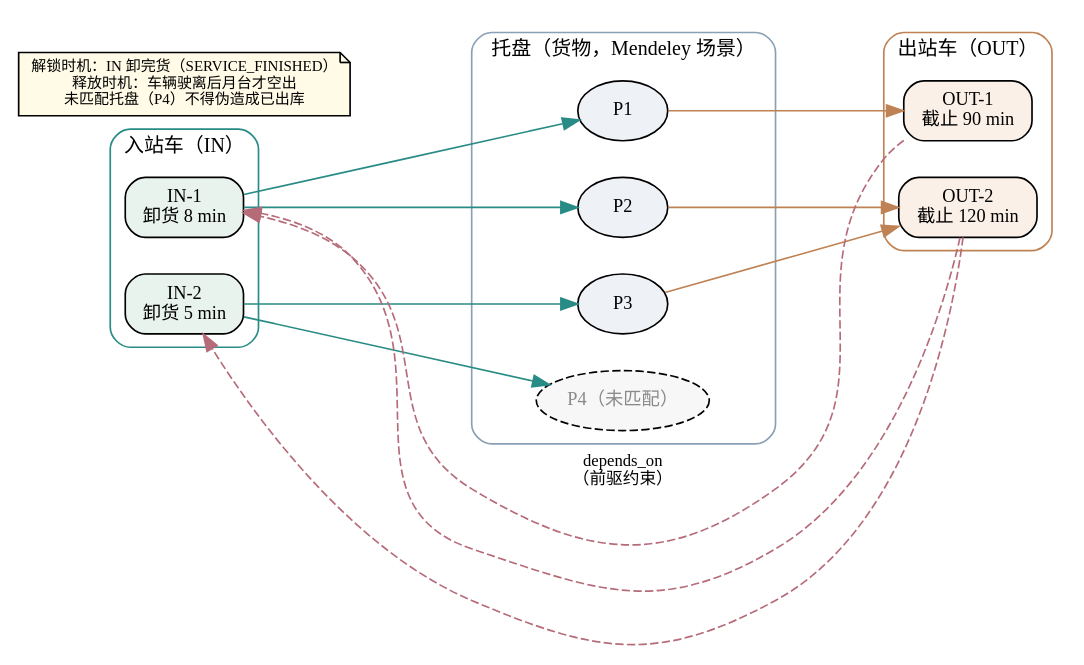
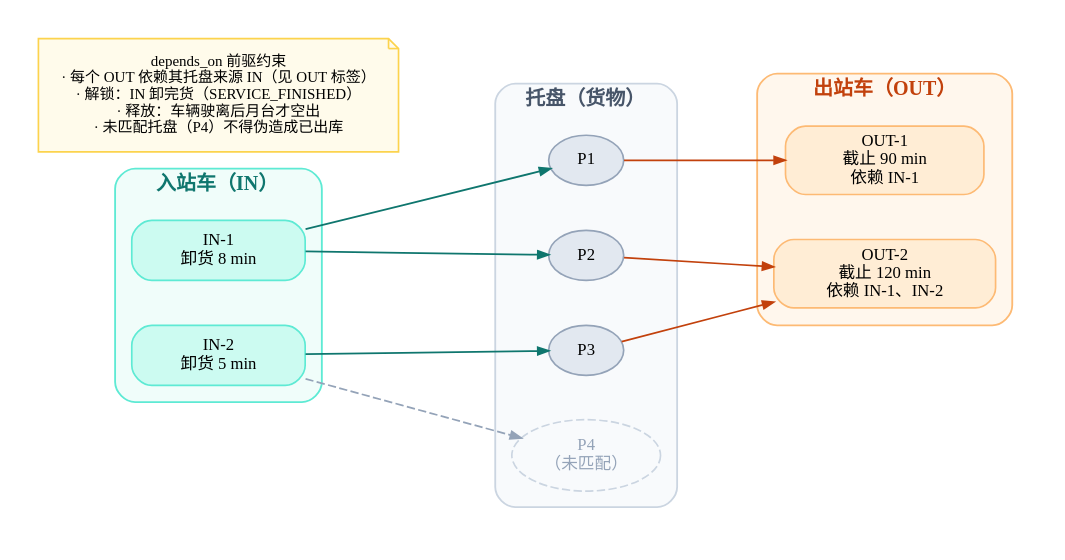
Before and after one commit to threeEightZeroEight/dockflow-os-repro: the diagram in figures/src/fig03_dependency.dot, drawn with Graphviz. The commit also changed 6 other files, not shown here.

Commit message:
style(repro): refresh architecture, state-machine and dependency diagrams

```diff
--- a/figures/src/fig03_dependency.dot
+++ b/figures/src/fig03_dependency.dot
@@ -1,39 +1,52 @@
 digraph dependency {
 
-  graph [bgcolor="white", fontname="Hiragino Sans GB", fontsize=12];
-  node [fontname="Hiragino Sans GB", fontsize=11];
-  edge [fontname="Hiragino Sans GB", fontsize=10, color="#4b5b6b"];
+  graph [bgcolor="white", fontname="Hiragino Sans GB", fontsize=11, pad=0.22,
+         nodesep=0.32, ranksep=0.45, splines=true];
+  node [fontname="Hiragino Sans GB", fontsize=10.5, shape=box, style="rounded,filled",
+        color="#94A3B8", penwidth=1.0, fillcolor="#F8FAFC", margin="0.12,0.08"];
+  edge [fontname="Hiragino Sans GB", fontsize=9, color="#64748B", penwidth=1.05, arrowsize=0.65];
 
-  rankdir=LR; nodesep=0.3; ranksep=1.1;
-  node [shape=box, style="rounded,filled"];
+  rankdir=LR; newrank=true; nodesep=0.38; ranksep=0.95;
+  node [fontsize=10, margin="0.10,0.06"];
 
   subgraph cluster_in {
-    label="入站车（IN）"; color="#288b85"; style="rounded";
-    i1 [label="IN-1\n卸货 8 min", fillcolor="#e9f3ee"];
-    i2 [label="IN-2\n卸货 5 min", fillcolor="#e9f3ee"];
-  }
-  subgraph cluster_pallet {
-    label="托盘（货物，Mendeley 场景）"; color="#8aa0b5"; style="rounded";
-    p1 [label="P1", shape=ellipse, fillcolor="#eef2f7"];
-    p2 [label="P2", shape=ellipse, fillcolor="#eef2f7"];
-    p3 [label="P3", shape=ellipse, fillcolor="#eef2f7"];
-    px [label="P4（未匹配）", shape=ellipse, style="rounded,filled,dashed", fillcolor="#f7f7f7", fontcolor="#8a8a8a"];
-  }
-  subgraph cluster_out {
-    label="出站车（OUT）"; color="#be8254"; style="rounded";
-    o1 [label="OUT-1\n截止 90 min", fillcolor="#fbf0e7"];
-    o2 [label="OUT-2\n截止 120 min", fillcolor="#fbf0e7"];
+    label=<<b>入站车（IN）</b>>;
+    fontsize=12; fontcolor="#0F766E"; color="#5EEAD4"; penwidth=1.1;
+    style="rounded,filled"; fillcolor="#F0FDFA"; margin=10;
+    i1 [label="IN-1\n卸货 8 min", fillcolor="#CCFBF1", color="#5EEAD4", width=1.45];
+    i2 [label="IN-2\n卸货 5 min", fillcolor="#CCFBF1", color="#5EEAD4", width=1.45];
   }
 
-  i1 -> {p1 p2} [color="#288b85"];
-  i2 -> {p3 px} [color="#288b85"];
-  p1 -> o1 [color="#be8254"];
-  p2 -> o2 [color="#be8254"];
-  p3 -> o2 [color="#be8254"];
+  subgraph cluster_pallet {
+    label=<<b>托盘（货物）</b>>;
+    fontsize=12; fontcolor="#475569"; color="#CBD5E1"; penwidth=1.1;
+    style="rounded,filled"; fillcolor="#F8FAFC"; margin=10;
+    p1 [label="P1", shape=ellipse, fillcolor="#E2E8F0", color="#94A3B8", width=0.62, height=0.42];
+    p2 [label="P2", shape=ellipse, fillcolor="#E2E8F0", color="#94A3B8", width=0.62, height=0.42];
+    p3 [label="P3", shape=ellipse, fillcolor="#E2E8F0", color="#94A3B8", width=0.62, height=0.42];
+    px [label="P4\n（未匹配）", shape=ellipse, style="rounded,filled,dashed",
+        fillcolor="#F8FAFC", color="#CBD5E1", fontcolor="#94A3B8", width=1.05, height=0.55];
+  }
 
-  o1 -> i1 [style=dashed, color="#b66b79", label="depends_on\n（前驱约束）", constraint=false];
-  o2 -> i1 [style=dashed, color="#b66b79", constraint=false];
-  o2 -> i2 [style=dashed, color="#b66b79", constraint=false];
+  subgraph cluster_out {
+    label=<<b>出站车（OUT）</b>>;
+    fontsize=12; fontcolor="#C2410C"; color="#FDBA74"; penwidth=1.1;
+    style="rounded,filled"; fillcolor="#FFF7ED"; margin=10;
+    o1 [label="OUT-1\n截止 90 min\n依赖 IN-1", fillcolor="#FFEDD5", color="#FDBA74", width=1.65];
+    o2 [label="OUT-2\n截止 120 min\n依赖 IN-1、IN-2", fillcolor="#FFEDD5", color="#FDBA74", width=1.85];
+  }
 
-  note [shape=note, style=filled, fillcolor="#fffbe6", label="解锁时机：IN 卸完货（SERVICE_FINISHED）\n释放时机：车辆驶离后月台才空出\n未匹配托盘（P4）不得伪造成已出库", fontsize=9];
+  i1 -> p1 [color="#0F766E"];
+  i1 -> p2 [color="#0F766E"];
+  i2 -> p3 [color="#0F766E"];
+  i2 -> px [color="#94A3B8", style=dashed];
+  p1 -> o1 [color="#C2410C"];
+  p2 -> o2 [color="#C2410C"];
+  p3 -> o2 [color="#C2410C"];
+
+
+  note [shape=note, style="filled", fillcolor="#FFFBEB", color="#FCD34D",
+        fontsize=9, margin="0.18,0.12",
+        label="depends_on 前驱约束\n· 每个 OUT 依赖其托盘来源 IN（见 OUT 标签）\n· 解锁：IN 卸完货（SERVICE_FINISHED）\n· 释放：车辆驶离后月台才空出\n· 未匹配托盘（P4）不得伪造成已出库"];
+  { rank=sink; note; }
 }
```
